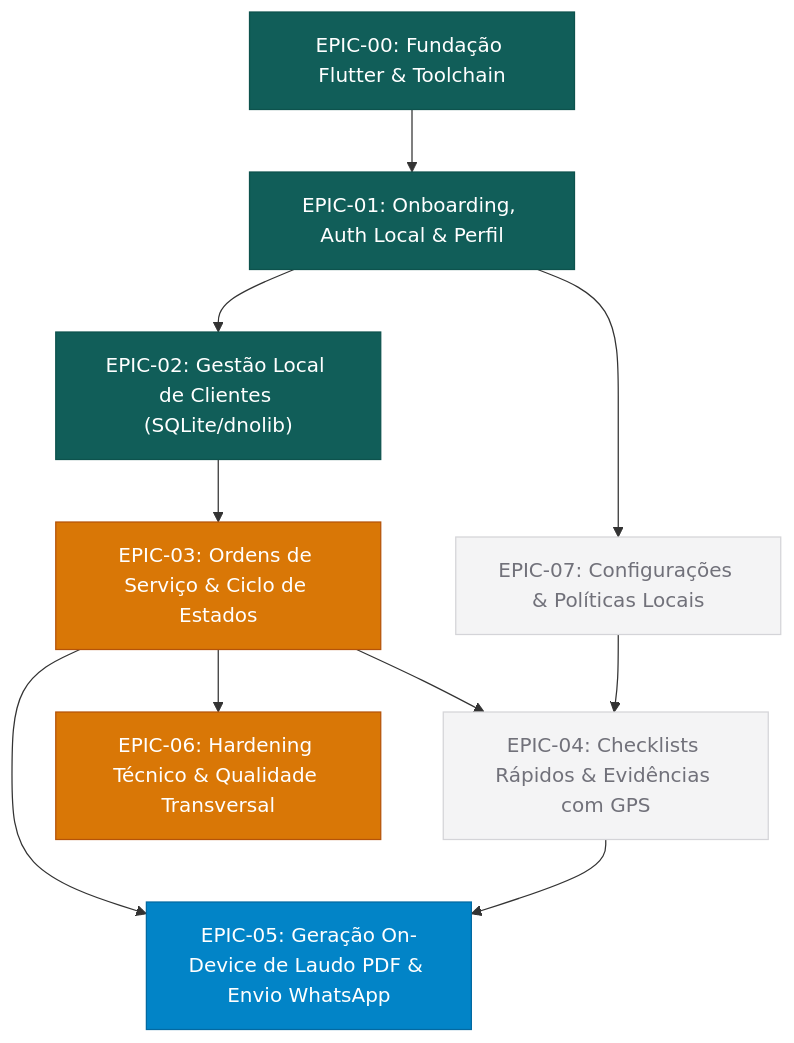
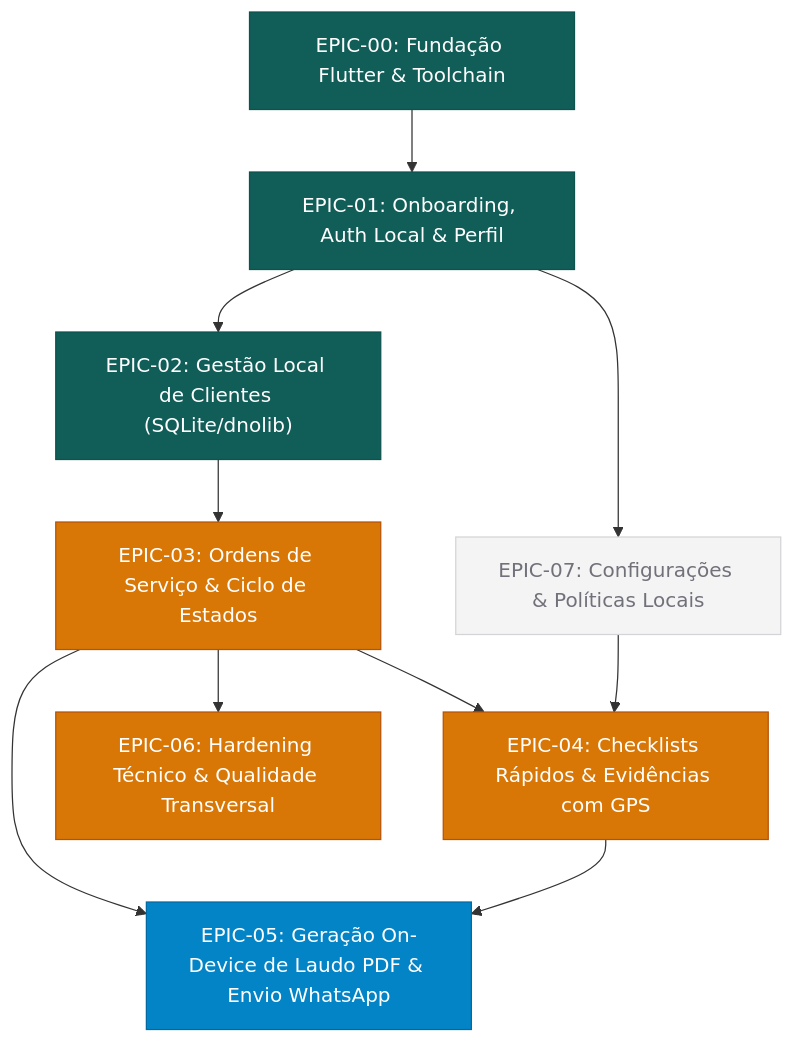
One commit to DenersonNobre/ServiceTrack changed the diagram in docs/plan/README.md. Above: the diagram before and after it, drawn with Mermaid. The commit also changed other lines of this file and 1 other file, not shown here.

Commit message:
docs(plan): reconcile EPIC-04 status in master plan

````diff
--- a/docs/plan/README.md
+++ b/docs/plan/README.md
@@ -27,26 +27,26 @@
 ```mermaid
 graph TD
     classDef foundation fill:#115E59,stroke:#0D524D,color:#fff;
     classDef core fill:#0284C7,stroke:#0369A1,color:#fff;
     classDef ready fill:#D97706,stroke:#B45309,color:#fff;
     classDef blocked fill:#F4F4F5,stroke:#D4D4D8,color:#71717A;
 
     EPIC00["EPIC-00: Fundação Flutter & Toolchain"]:::foundation
     EPIC01["EPIC-01: Onboarding, Auth Local & Perfil"]:::foundation
     EPIC02["EPIC-02: Gestão Local de Clientes (SQLite/dnolib)"]:::foundation
     EPIC03["EPIC-03: Ordens de Serviço & Ciclo de Estados"]:::ready
-    EPIC04["EPIC-04: Checklists Rápidos & Evidências com GPS"]:::blocked
+    EPIC04["EPIC-04: Checklists Rápidos & Evidências com GPS"]:::ready
     EPIC05["EPIC-05: Geração On-Device de Laudo PDF & Envio WhatsApp"]:::core
     EPIC06["EPIC-06: Hardening Técnico & Qualidade Transversal"]:::ready
     EPIC07["EPIC-07: Configurações & Políticas Locais"]:::blocked
 
     EPIC00 --> EPIC01
     EPIC01 --> EPIC02
     EPIC02 --> EPIC03
     EPIC03 --> EPIC04
     EPIC03 --> EPIC05
     EPIC04 --> EPIC05
     EPIC03 --> EPIC06
     EPIC01 --> EPIC07
     EPIC07 --> EPIC04
 ```
````
